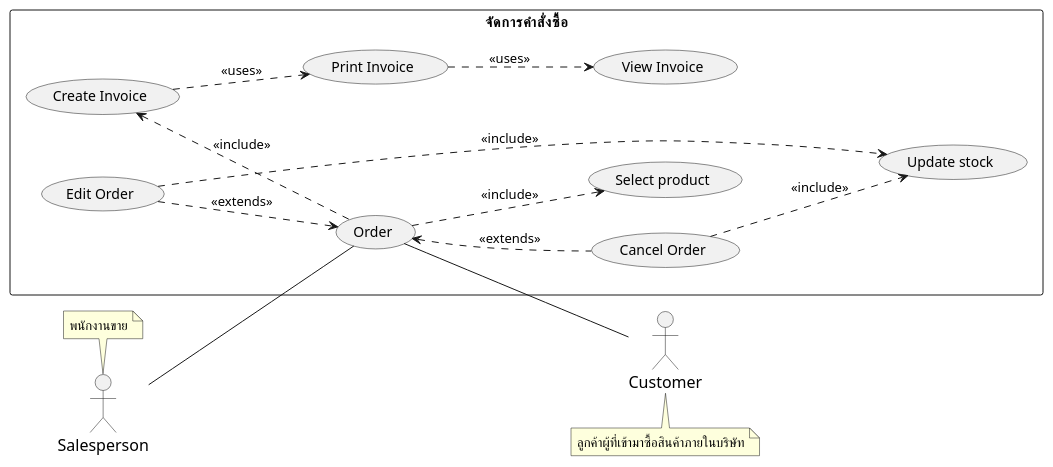
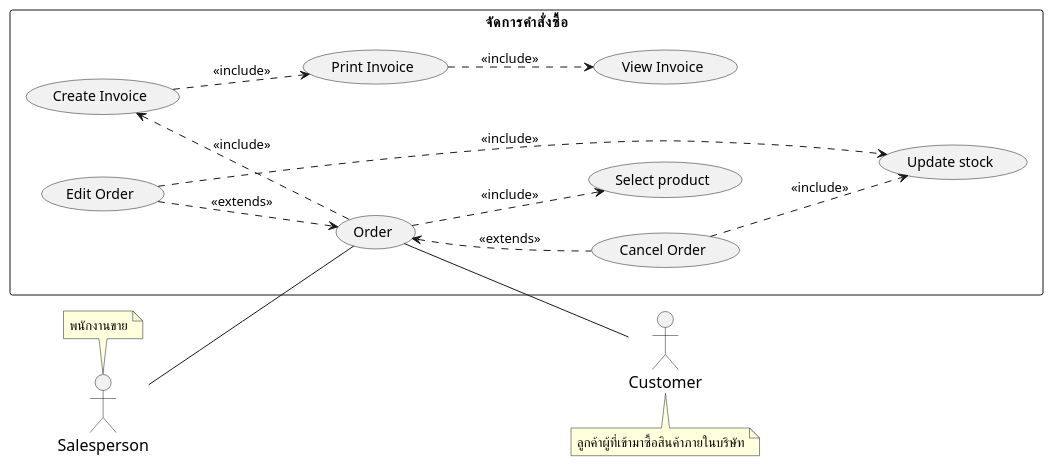
The diagram in system-analysis/usecase/_4_usecase-order.puml (billowdev/inventory-system-plantuml-sequelize-seeder-example), drawn with PlantUML before and after one commit. The commit also changed 6 other files, not shown here.

Commit message:
extract usecase invoice

```diff
--- a/system-analysis/usecase/_4_usecase-order.puml
+++ b/system-analysis/usecase/_4_usecase-order.puml
@@ -1,79 +1,79 @@
 @startuml
 'https://plantuml.com/usecase-diagram
 left to right direction
 
 skinparam sequence {
     ParticipantFontName Thai
     ParticipantFontSize 16
     ActorFontSize 16
     ActorFontName Thai
 }
 'skinparam linetype polyline
 'skinparam linetype ortho
 
 skinparam Participant{
     FontColor #efefef
     BorderColor #c0c0c0
 }
 skinparam Sequence{
     ParticipantBorderThickness .5
     LifeLineBorderColor #8a8a8a
 }
 
 actor Customer as actorCustomer
 note bottom of actorCustomer : ลูกค้าผู้ที่เข้ามาซื้อสินค้าภายในบริษัท
 
 actor Salesperson as actorSalesperson
 note top of actorSalesperson : พนักงานขาย
 
 ' =================== Stock System ===================
 rectangle "จัดการคำสั่งซื้อ" as stockSystem {
 
     ' ================ Invoice ================
     usecase (View Invoice) as (usecaseViewInvoice)
     usecase (Create Invoice) as (usecaseCreateInvoice)
     usecase (Print Invoice) as (usecasePrintInvoice)
 
     ' ================ Ordering ================
     '    การสั่งซื้อสินค้า
 
     usecase (Order) as (usecaseOrder)
     '    note bottom of usecaseOrder : การสั่งซื้อสินค้า
     usecase (Edit Order) as (usecaseEditOrder)
     usecase (Cancel Order) as (usecaseDeleteOrder)
 
     ' ================ Stock ================
 
     usecase (Update stock) as (usecaseUpdateStock)
 
 
     usecase (Select product) as (usecaseSelectProduct)
 
 
 
     ' ================ Order ================
     (usecaseOrder) <.. (usecaseDeleteOrder) : <<extends>>
     (usecaseEditOrder) ..> (usecaseOrder) : <<extends>>
     (usecaseEditOrder) ..> (usecaseUpdateStock) : <<include>>
     (usecaseDeleteOrder) ..> (usecaseUpdateStock) : <<include>>
     (usecaseCreateInvoice) <.. (usecaseOrder) : <<include>>
 
     ' ===  ความสัมพันธ์ระหว่าง actor และ usecase ในส่วนของการสั่งซื้อสินค้า ===
     actorSalesperson -- (usecaseOrder)
     (usecaseOrder) -- actorCustomer
 
   (usecaseOrder) ..> (usecaseSelectProduct) : <<include>>
 
 
     ' ================ Invoice ================
 
-    (usecaseCreateInvoice) ..> (usecasePrintInvoice) : <<uses>>
-    (usecasePrintInvoice) ..> (usecaseViewInvoice) : <<uses>>
+    (usecaseCreateInvoice) ..> (usecasePrintInvoice) : <<include>>
+    (usecasePrintInvoice) ..> (usecaseViewInvoice) : <<include>>
 
 
 
 
 
 }
 
 @enduml
```
